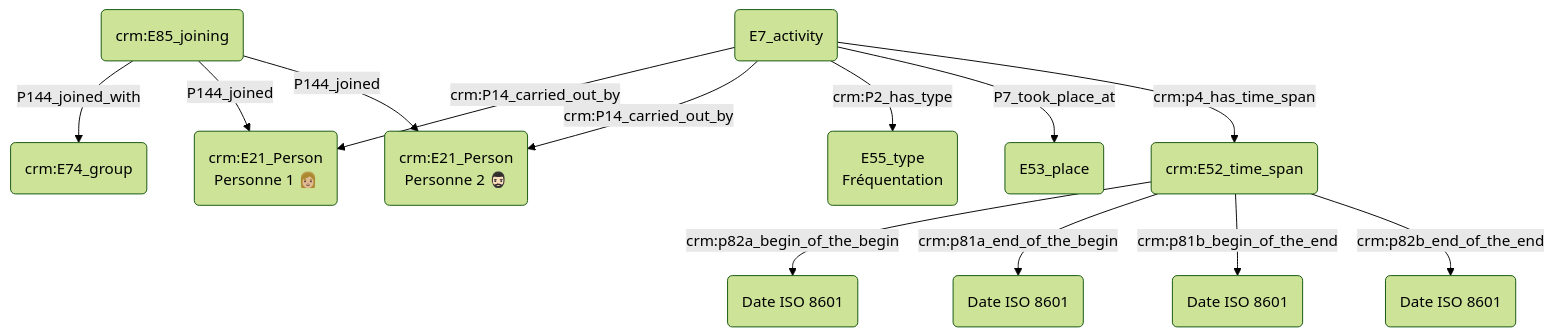
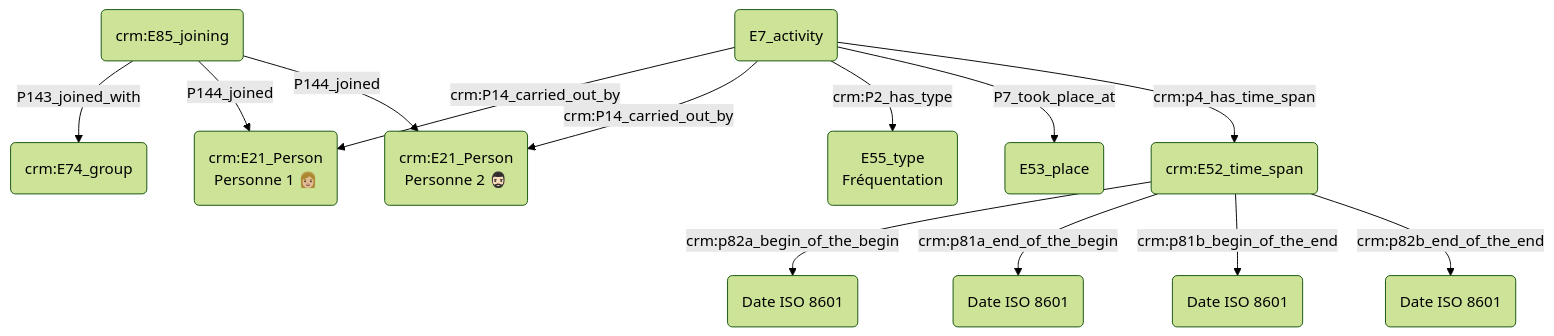
One commit to Amleth/consortium-musica2-gt2-ontologies changed the second of 2 diagrams in modules/prosopographie/index.md. Above: the diagram before and after it, drawn with Mermaid (forest theme). The commit also changed other lines of this file, not shown here.

````diff
--- a/modules/prosopographie/index.md
+++ b/modules/prosopographie/index.md
@@ -21,20 +21,20 @@
 ```mermaid
 graph TD;
 
 B(E7_activity) -->|crm:P14_carried_out_by| A("crm:E21_Person<br>Personne 1 👩🏼")
 B(E7_activity) -->|crm:P14_carried_out_by| J("crm:E21_Person<br>Personne 2 🧔🏻‍♂️")
 B(E7_activity) -->|crm:P2_has_type| C(E55_type<br>Fréquentation)
 
 B(E7_activity) -->|P7_took_place_at| I(E53_place)
-K(crm:E85_joining) -->|P144_joined_with| L(crm:E74_group)
+K(crm:E85_joining) -->|P143_joined_with| L(crm:E74_group)
 K(crm:E85_joining) -->|P144_joined| A("crm:E21_Person<br>Personne 1 👩🏼")
 K(crm:E85_joining) -->|P144_joined| J("crm:E21_Person<br>Personne 2 🧔🏻‍♂️")
 
 
 B(E7_activity) --> |crm:p4_has_time_span| D(crm:E52_time_span)
 D(crm:E52_time_span) --> |crm:p82a_begin_of_the_begin| E("Date ISO 8601")
 D(crm:E52_time_span) --> |crm:p81a_end_of_the_begin| F("Date ISO 8601")
 D(crm:E52_time_span) --> |crm:p81b_begin_of_the_end|G("Date ISO 8601")
 D(crm:E52_time_span) --> |crm:p82b_end_of_the_end| H("Date ISO 8601")
 
 ```
````
